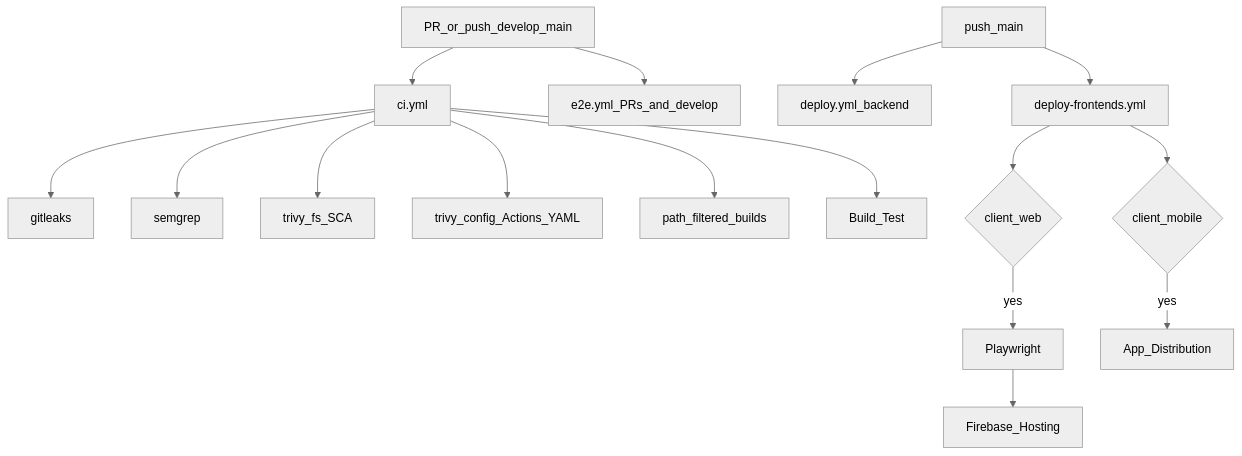
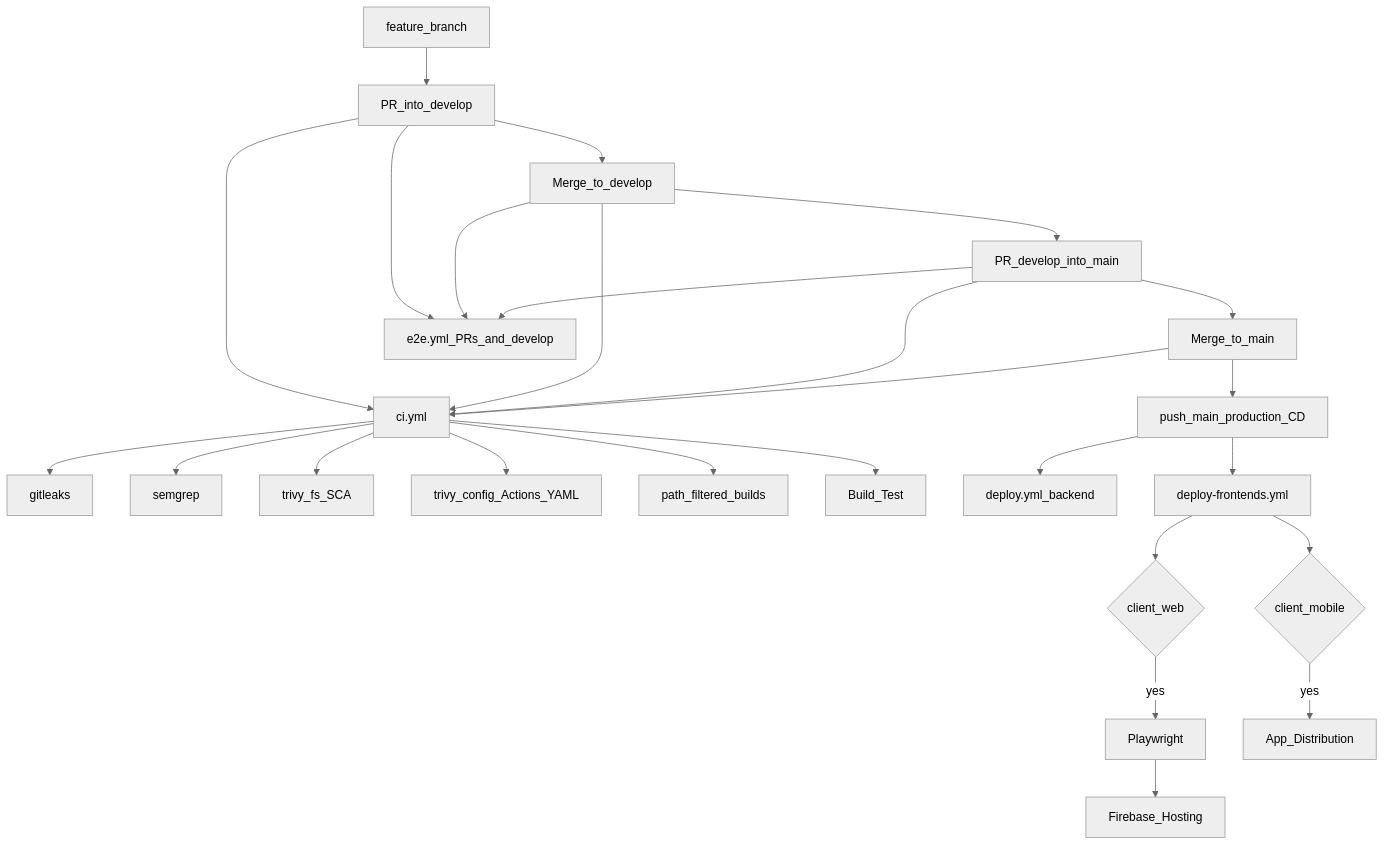
The diagram in CiCd Pipeline Architecture.md (CanMakan-Team/CanMakan), drawn with Mermaid (neutral theme) before and after one commit. The commit also changed other lines of this file, not shown here.

Commit message:
update mermaid diagram to start from feature branch + identify gaps with current cicd pipeline

````diff
--- a/CiCd Pipeline Architecture.md
+++ b/CiCd Pipeline Architecture.md
@@ -61,20 +61,32 @@
 ```mermaid
 flowchart TD
-  pr[PR_or_push_develop_main] --> ci[ci.yml]
+  feat[feature_branch] --> prDev[PR_into_develop]
+  prDev --> mergeDev[Merge_to_develop]
+  mergeDev --> prMain[PR_develop_into_main]
+  prMain --> mergeMain[Merge_to_main]
+  mergeMain --> pushMain[push_main_production_CD]
+
+  prDev --> ci[ci.yml]
+  mergeDev --> ci
+  prMain --> ci
+  mergeMain --> ci
+
   ci --> gl[gitleaks]
   ci --> sg[semgrep]
   ci --> tv[trivy_fs_SCA]
   ci --> yml[trivy_config_Actions_YAML]
   ci --> builds[path_filtered_builds]
   ci --> gate[Build_Test]
 
-  pr --> e2ePr[e2e.yml_PRs_and_develop]
+  prDev --> e2ePr[e2e.yml_PRs_and_develop]
+  mergeDev --> e2ePr
+  prMain --> e2ePr
 
-  pushMain[push_main] --> be[deploy.yml_backend]
+  pushMain --> be[deploy.yml_backend]
   pushMain --> fe[deploy-frontends.yml]
   fe --> webPath{client_web}
   fe --> mobPath{client_mobile}
   webPath -->|yes| e2eMain[Playwright]
   e2eMain --> fb[Firebase_Hosting]
   mobPath -->|yes| apk[App_Distribution]
 ```
````
